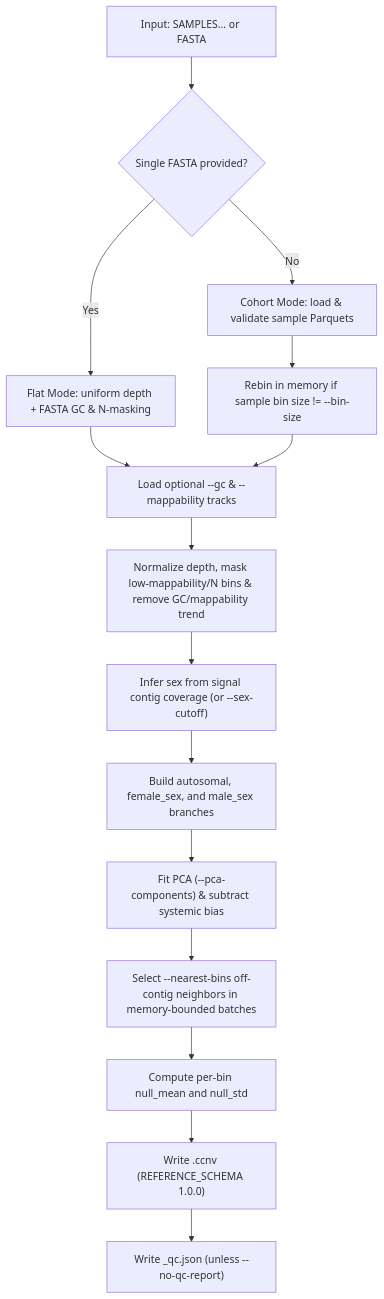
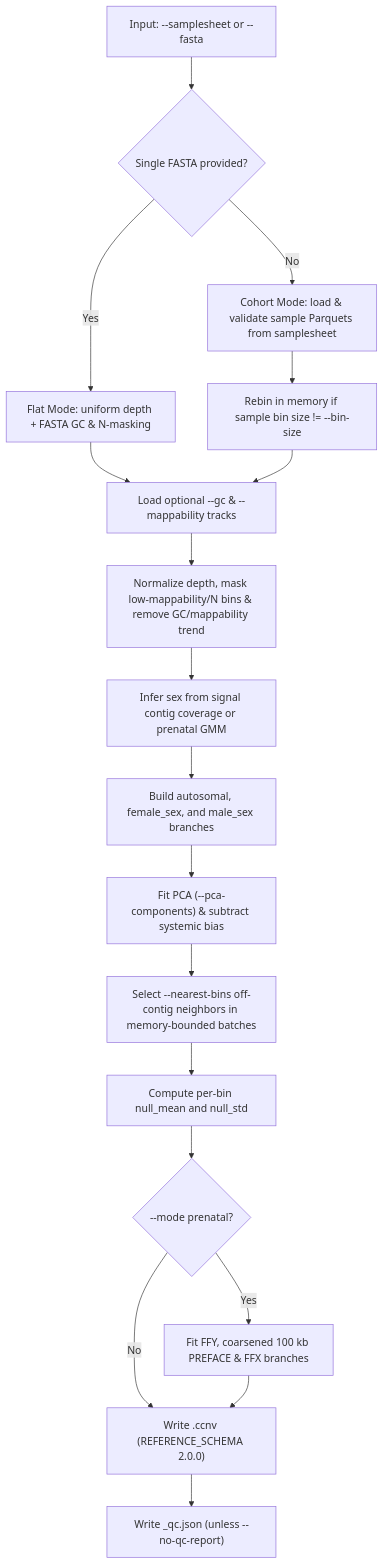
The third of 4 diagrams in docs/pipeline.md (matthdsm/ccnv), drawn with Mermaid before and after one commit. The commit also changed other lines of this file and 99 other files, not shown here.

````diff
--- a/docs/pipeline.md
+++ b/docs/pipeline.md
@@ -55,17 +55,20 @@
 ```mermaid
 flowchart TD
-    InputArg["Input: SAMPLES... or FASTA"] --> ModeDecision{"Single FASTA provided?"}
+    InputArg["Input: --samplesheet or --fasta"] --> ModeDecision{"Single FASTA provided?"}
     ModeDecision -- Yes --> FlatMode["Flat Mode: uniform depth + FASTA GC & N-masking"]
-    ModeDecision -- No --> CohortMode["Cohort Mode: load & validate sample Parquets"]
+    ModeDecision -- No --> CohortMode["Cohort Mode: load & validate sample Parquets from samplesheet"]
     CohortMode --> RebinCheck["Rebin in memory if sample bin size != --bin-size"]
     FlatMode --> CovTrack["Load optional --gc & --mappability tracks"]
     RebinCheck --> CovTrack
     CovTrack --> DepthNorm["Normalize depth, mask low-mappability/N bins & remove GC/mappability trend"]
-    DepthNorm --> SexInference["Infer sex from signal contig coverage (or --sex-cutoff)"]
+    DepthNorm --> SexInference["Infer sex from signal contig coverage or prenatal GMM"]
     SexInference --> BranchPartition["Build autosomal, female_sex, and male_sex branches"]
     BranchPartition --> FitPCA["Fit PCA (--pca-components) & subtract systemic bias"]
     FitPCA --> FitNearest["Select --nearest-bins off-contig neighbors in memory-bounded batches"]
     FitNearest --> FitNull["Compute per-bin null_mean and null_std"]
-    FitNull --> WriteRef["Write <prefix>.ccnv (REFERENCE_SCHEMA 1.0.0)"]
+    FitNull --> PrenatalCheck{"--mode prenatal?"}
+    PrenatalCheck -- Yes --> FitPrenatal["Fit FFY, coarsened 100 kb PREFACE & FFX branches"]
+    PrenatalCheck -- No --> WriteRef["Write <prefix>.ccnv (REFERENCE_SCHEMA 2.0.0)"]
+    FitPrenatal --> WriteRef
     WriteRef --> WriteQC["Write <prefix>_qc.json (unless --no-qc-report)"]
 ```
````
